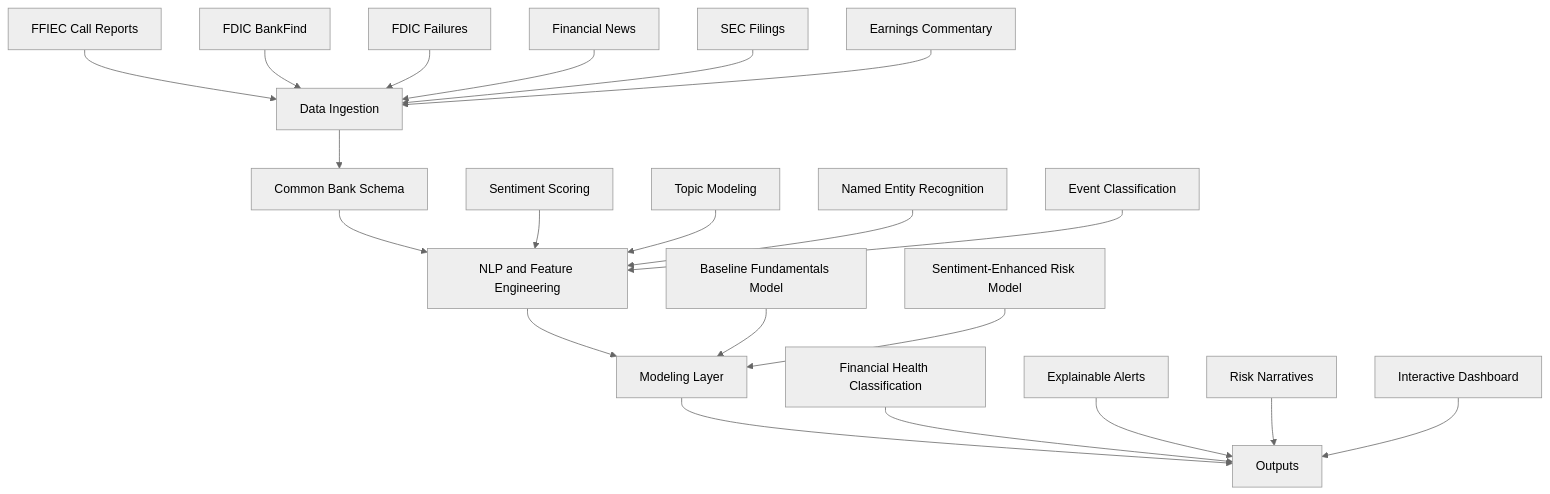
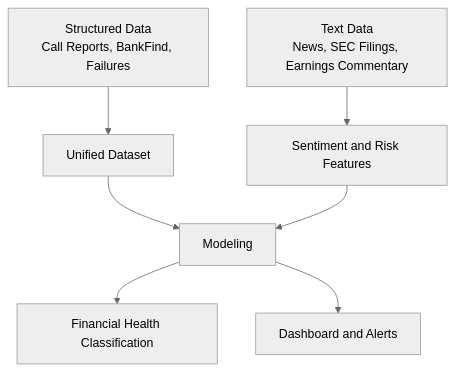
Before and after one commit to HOSH19/PNC_Capstone: the first of 2 diagrams in README.md, drawn with Mermaid (neutral theme). The commit also changed other lines of this file, not shown here.

````diff
--- a/README.md
+++ b/README.md
@@ -16,27 +10,9 @@
 ```mermaid
 flowchart TD
-    A[Data Ingestion] --> B[Common Bank Schema]
-    B --> C[NLP and Feature Engineering]
-    C --> D[Modeling Layer]
-    D --> E[Outputs]
-
-    A1[FFIEC Call Reports] --> A
-    A2[FDIC BankFind] --> A
-    A3[FDIC Failures] --> A
-    A4[Financial News] --> A
-    A5[SEC Filings] --> A
-    A6[Earnings Commentary] --> A
-
-    C1[Sentiment Scoring] --> C
-    C2[Topic Modeling] --> C
-    C3[Named Entity Recognition] --> C
-    C4[Event Classification] --> C
-
-    D1[Baseline Fundamentals Model] --> D
-    D2[Sentiment-Enhanced Risk Model] --> D
-
-    E1[Financial Health Classification] --> E
-    E2[Explainable Alerts] --> E
-    E3[Risk Narratives] --> E
-    E4[Interactive Dashboard] --> E
+    A[Structured Data<br/>Call Reports, BankFind, Failures] --> D[Unified Dataset]
+    B[Text Data<br/>News, SEC Filings, Earnings Commentary] --> C[Sentiment and Risk Features]
+    D --> E[Modeling]
+    C --> E
+    E --> F[Financial Health Classification]
+    E --> G[Dashboard and Alerts]
 ```
````
